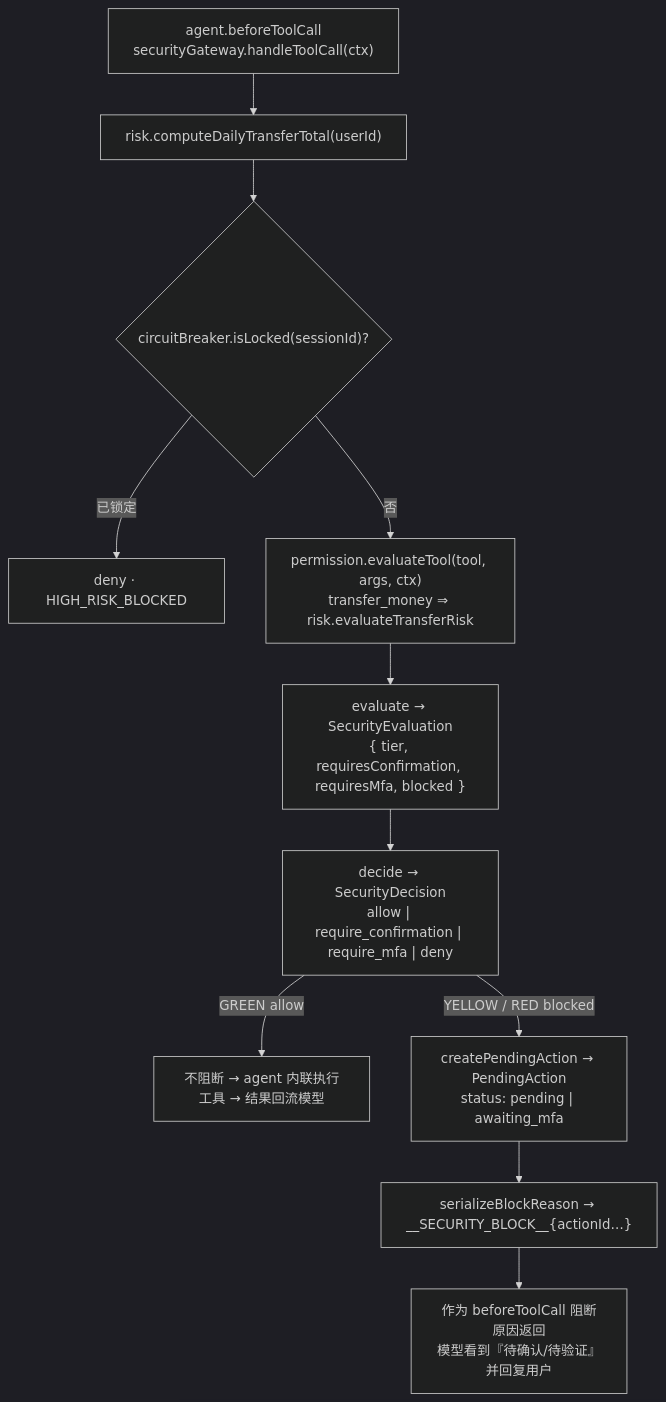
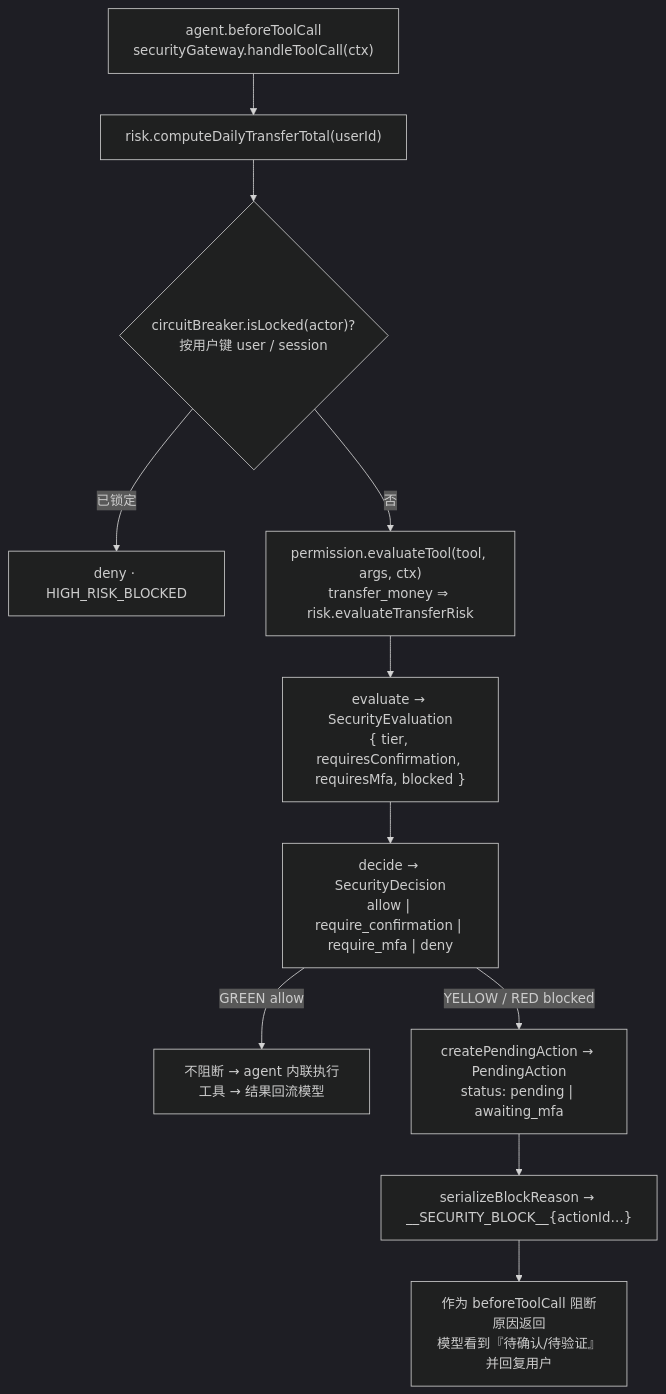
The diagram in docs/security.md (Zhenyu2Liang/evox-omni), drawn with Mermaid (dark theme) before and after one commit. The commit also changed other lines of this file and 1 other file, not shown here.

First line of the commit message:
docs: reflect DB-backed per-user breaker, write-audit by side effect, investment flow rows and DEBIT-only anomaly

````diff
--- a/docs/security.md
+++ b/docs/security.md
@@ -79,13 +79,13 @@
 ```mermaid
 flowchart TD
     A["agent.beforeToolCall<br/>securityGateway.handleToolCall(ctx)"] --> B["risk.computeDailyTransferTotal(userId)"]
-    B --> C{"circuitBreaker.isLocked(sessionId)?"}
+    B --> C{"circuitBreaker.isLocked(actor)?<br/>按用户键 user / session"}
     C -- 已锁定 --> DENY["deny · HIGH_RISK_BLOCKED"]
     C -- 否 --> D["permission.evaluateTool(tool, args, ctx)<br/>transfer_money ⇒ risk.evaluateTransferRisk"]
     D --> E["evaluate → SecurityEvaluation<br/>{ tier, requiresConfirmation, requiresMfa, blocked }"]
     E --> F["decide → SecurityDecision<br/>allow | require_confirmation | require_mfa | deny"]
     F -- GREEN allow --> EXEC["不阻断 → agent 内联执行工具 → 结果回流模型"]
     F -- YELLOW / RED blocked --> P["createPendingAction → PendingAction<br/>status: pending | awaiting_mfa"]
     P --> R["serializeBlockReason → __SECURITY_BLOCK__{actionId…}"]
     R --> BLOCK["作为 beforeToolCall 阻断原因返回<br/>模型看到『待确认/待验证』并回复用户"]
 ```
````
